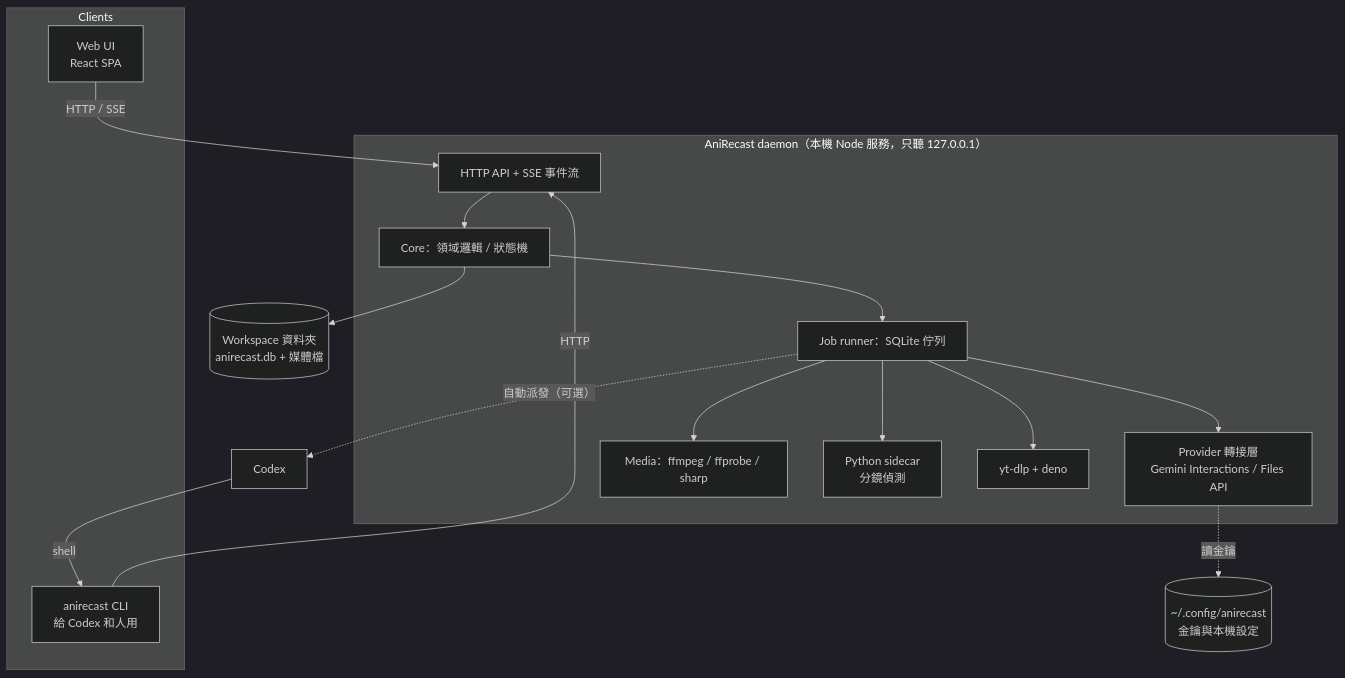
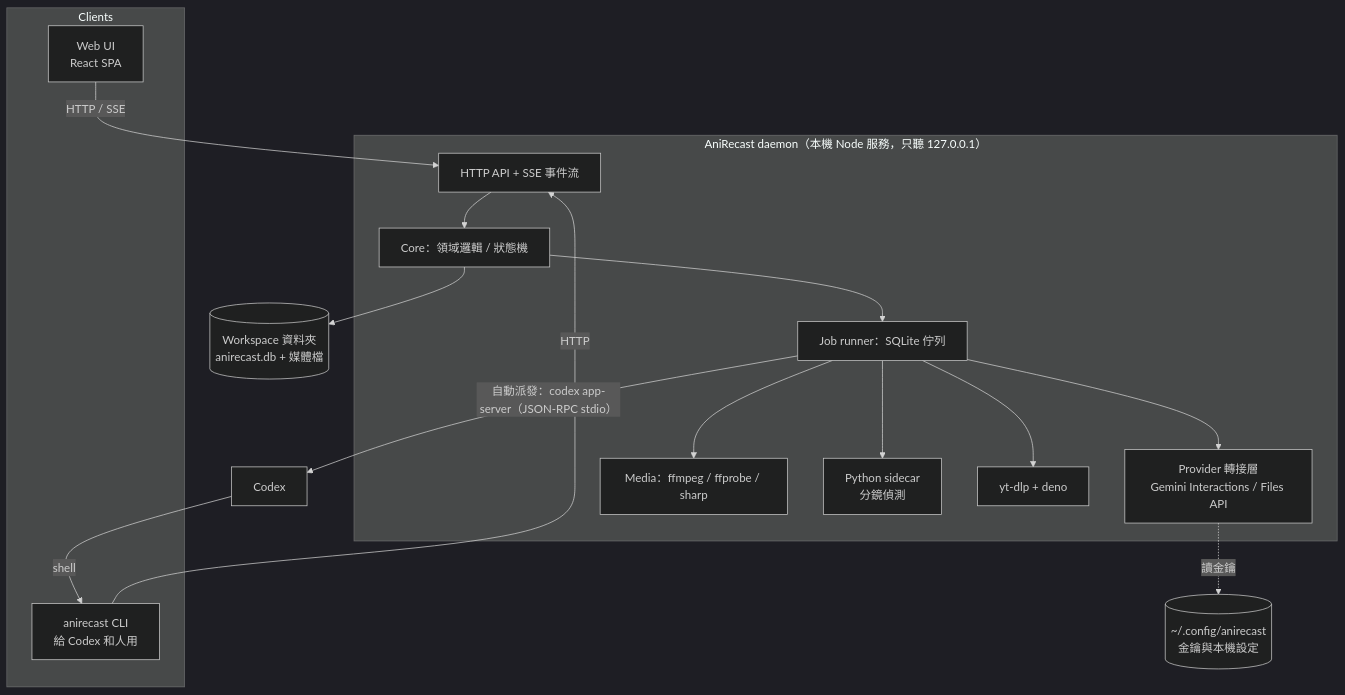
The first of 2 diagrams in .trellis/tasks/10-24-anirecast-prd/design.md (LienJack/AniRecast), drawn with Mermaid (dark theme) before and after one commit. The commit also changed other lines of this file and 5 other files, not shown here.

First line of the commit message:
docs: choose Codex app-server auto-dispatch for review handoff

````diff
--- a/.trellis/tasks/10-24-anirecast-prd/design.md
+++ b/.trellis/tasks/10-24-anirecast-prd/design.md
@@ -7,26 +7,26 @@
 ```mermaid
 flowchart TB
   subgraph Clients
     W[Web UI<br/>React SPA]
     C[anirecast CLI<br/>給 Codex 和人用]
   end
   subgraph Daemon[AniRecast daemon（本機 Node 服務，只聽 127.0.0.1）]
     API[HTTP API + SSE 事件流]
     CORE[Core：領域邏輯 / 狀態機]
     JOB[Job runner：SQLite 佇列]
     PROV[Provider 轉接層<br/>Gemini Interactions / Files API]
     MEDIA[Media：ffmpeg / ffprobe / sharp]
     PY[Python sidecar<br/>分鏡偵測]
     DL[yt-dlp + deno]
   end
   WS[(Workspace 資料夾<br/>anirecast.db + 媒體檔)]
   CFG[(~/.config/anirecast<br/>金鑰與本機設定)]
   CX[Codex] -- shell --> C
   W -- HTTP / SSE --> API
   C -- HTTP --> API
   API --> CORE --> JOB
   JOB --> PROV & MEDIA & PY & DL
   CORE --> WS
   PROV -.讀金鑰.-> CFG
-  JOB -. 自動派發（可選）.-> CX
+  JOB -- 自動派發：codex app-server（JSON-RPC stdio）--> CX
 ```
````
